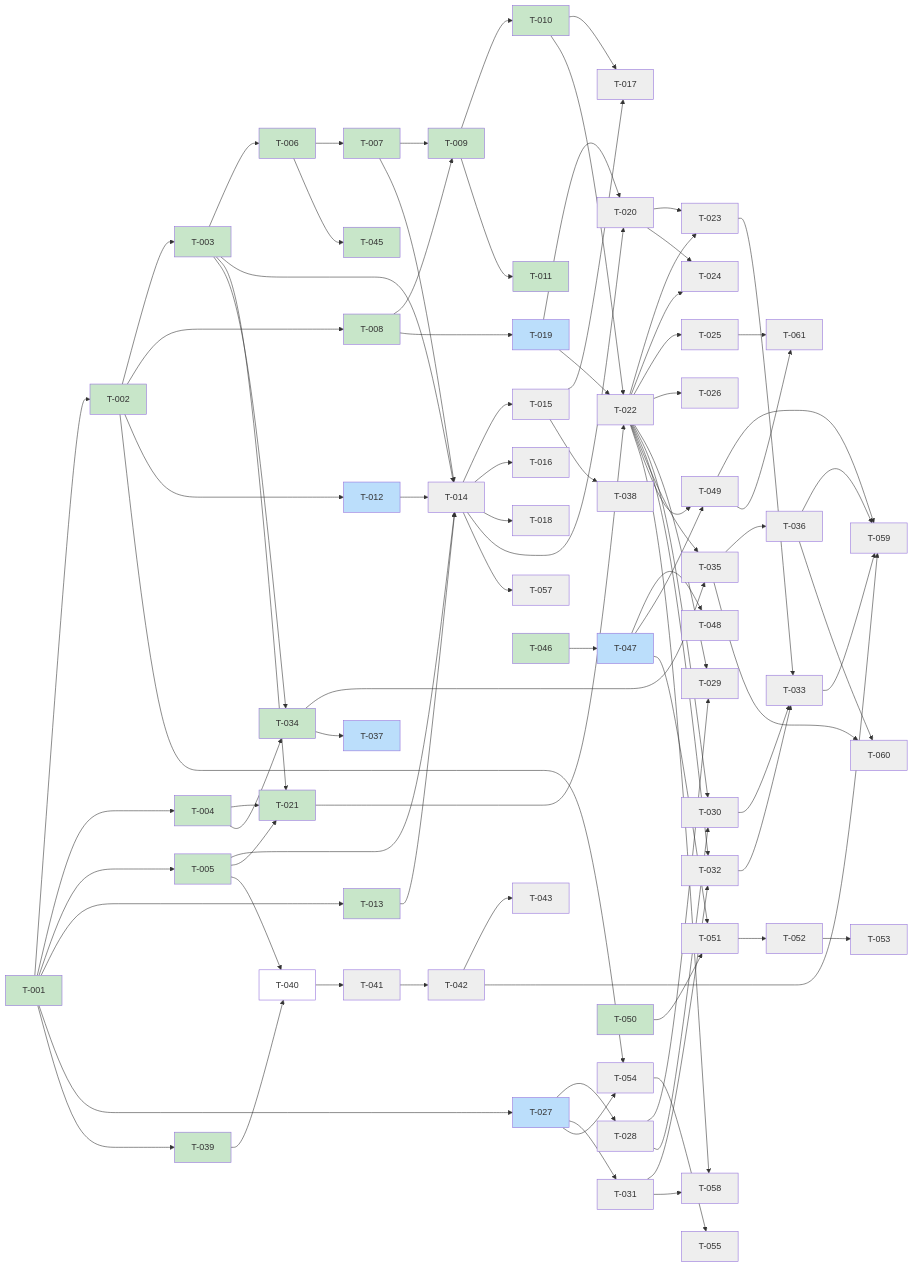
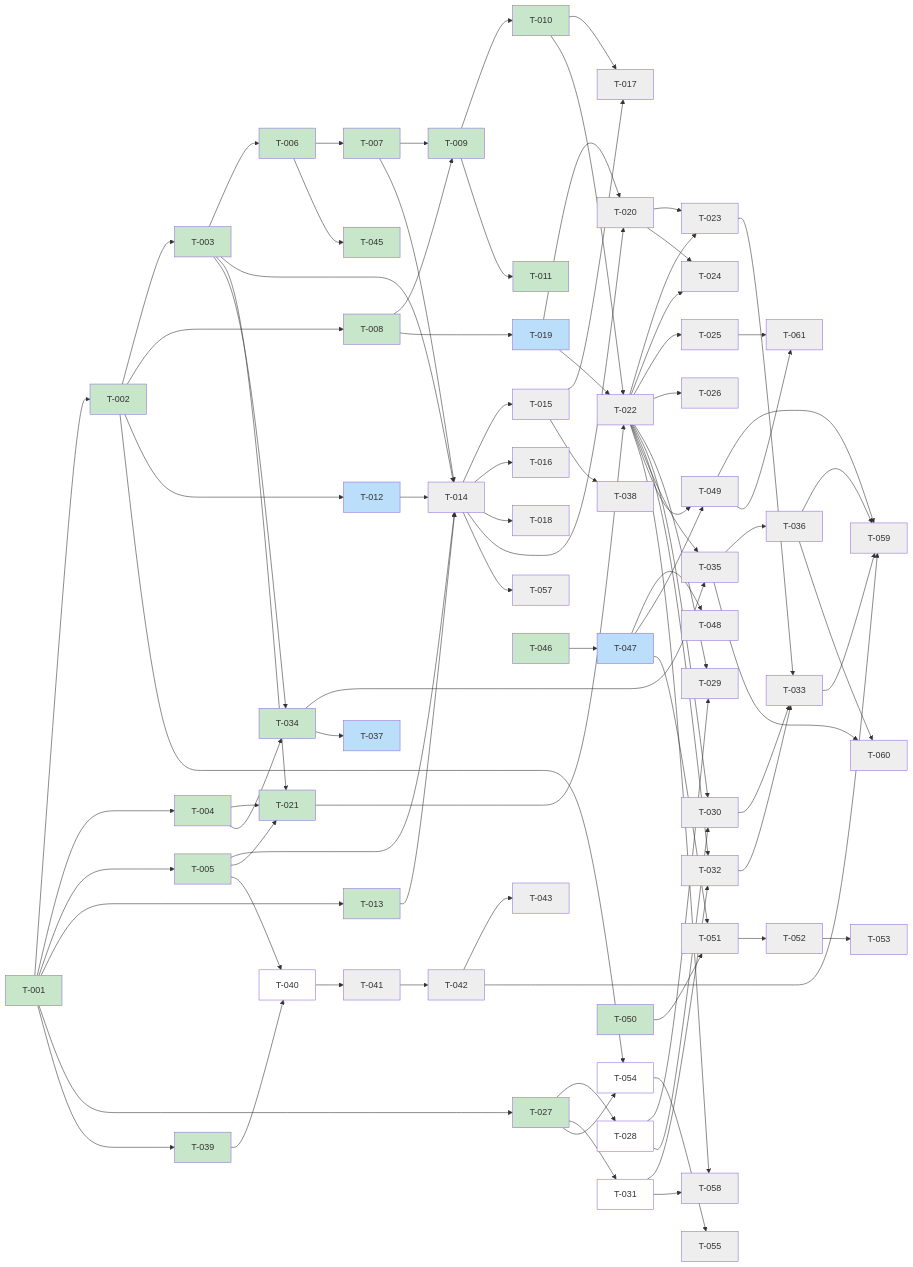
Before and after one commit to scholtz/biatec-chat: the diagram in kanban/BOARD.md, drawn with Mermaid. The commit also changed other lines of this file and 4 other files, not shown here.

````diff
--- a/kanban/BOARD.md
+++ b/kanban/BOARD.md
@@ -188,8 +188,8 @@
   classDef inprogress fill:#bbdefb
   classDef backlog fill:#ffffff
   classDef blocked fill:#eeeeee
-  class T001,T002,T003,T004,T005,T006,T007,T008,T009,T010,T011,T013,T021,T034,T039,T044,T045,T046,T050 done
-  class T012,T019,T027,T047,T037 inprogress
-  class T040,T056 backlog
-  class T014,T015,T020,T022,T023,T041,T042,T017,T024,T028,T029,T030,T031,T032,T033,T035,T036,T038,T049,T055,T059,T016,T018,T025,T026,T043,T048,T051,T052,T054,T053,T057,T058,T060,T061 blocked
+  class T001,T002,T003,T004,T005,T006,T007,T008,T009,T010,T011,T013,T021,T027,T034,T039,T044,T045,T046,T050 done
+  class T012,T019,T047,T037 inprogress
+  class T040,T028,T031,T054,T056 backlog
+  class T014,T015,T020,T022,T023,T041,T042,T017,T024,T029,T030,T032,T033,T035,T036,T038,T049,T055,T059,T016,T018,T025,T026,T043,T048,T051,T052,T053,T057,T058,T060,T061 blocked
 ```
````
